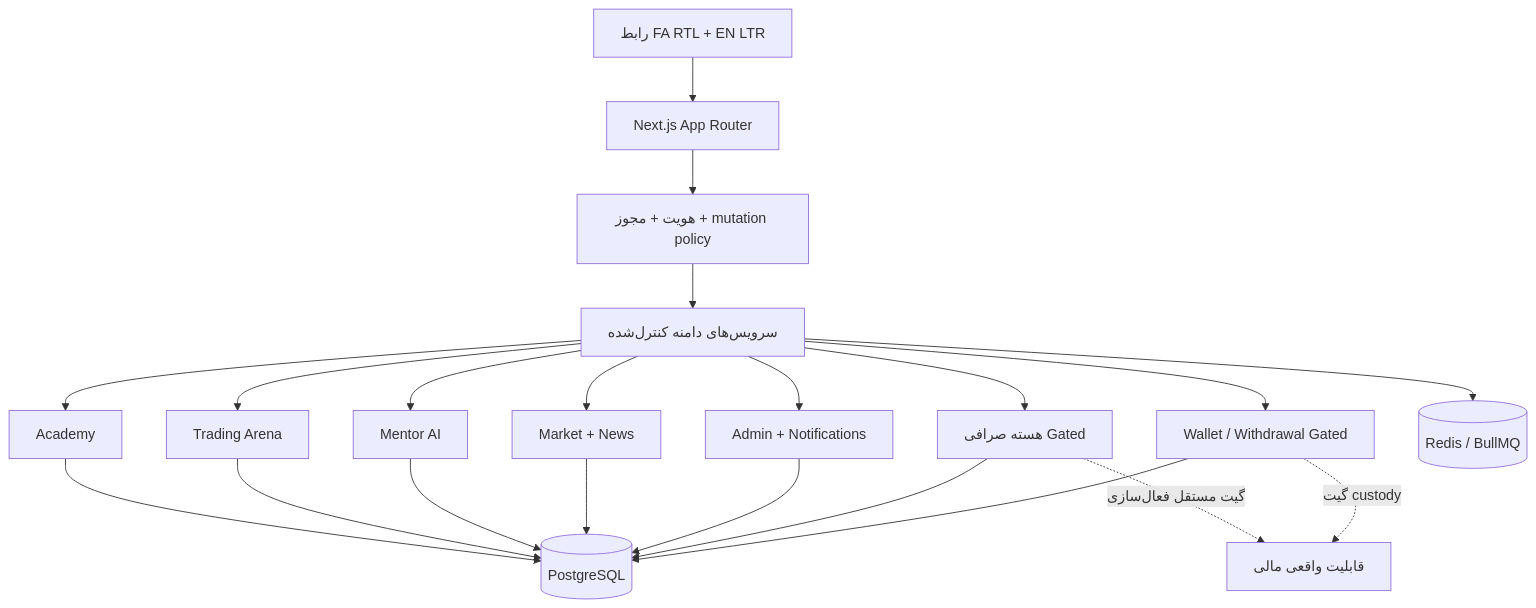
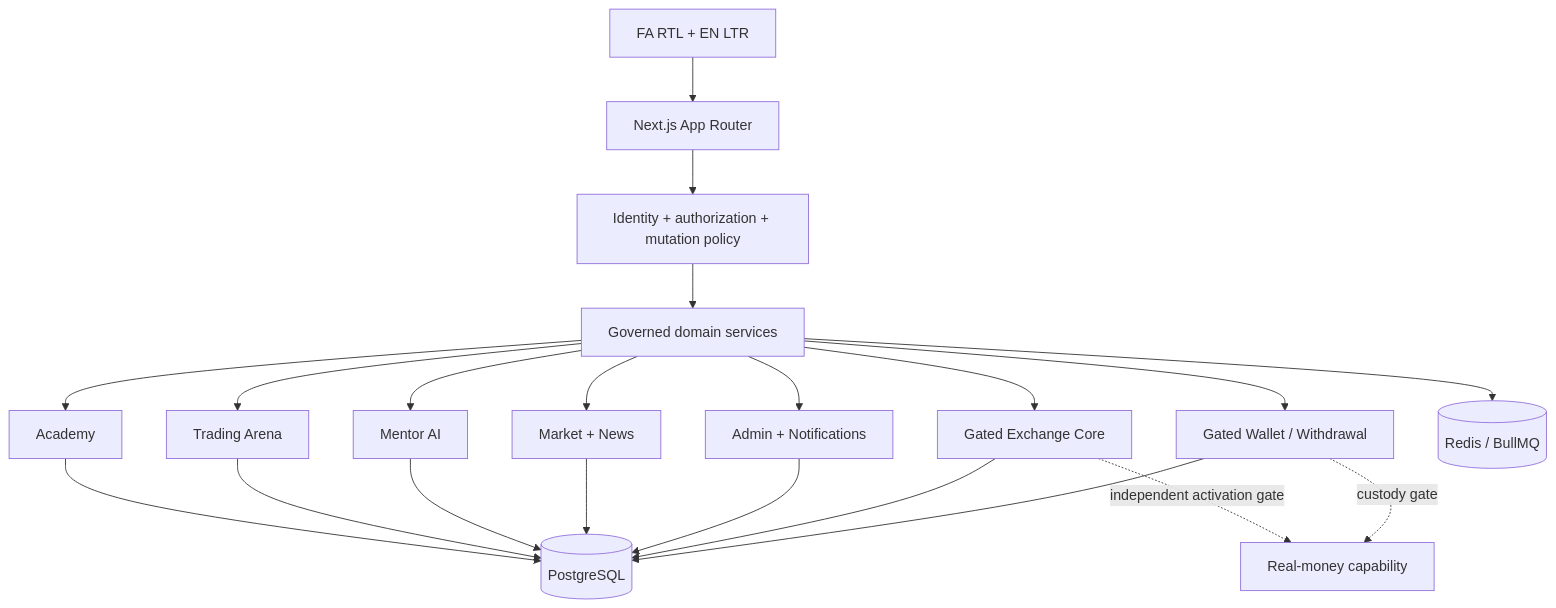
The second of 2 diagrams in README.fa.md (tecpey/Tecpey-Os), drawn with Mermaid before and after one commit. The commit also changed other lines of this file, not shown here.

````diff
--- a/README.fa.md
+++ b/README.fa.md
@@ -152,26 +111,26 @@
 ```mermaid
 flowchart TB
-    UX[رابط FA RTL + EN LTR] --> APP[Next.js App Router]
-    APP --> IAM[هویت + مجوز + mutation policy]
-    IAM --> DOMAIN[سرویس‌های دامنه کنترل‌شده]
+    UX[FA RTL + EN LTR] --> APP[Next.js App Router]
+    APP --> IAM[Identity + authorization + mutation policy]
+    IAM --> DOMAIN[Governed domain services]
 
     DOMAIN --> ACA[Academy]
     DOMAIN --> ARENA[Trading Arena]
     DOMAIN --> AI[Mentor AI]
     DOMAIN --> NEWS[Market + News]
     DOMAIN --> ADMIN[Admin + Notifications]
-    DOMAIN --> EX[هسته صرافی Gated]
-    DOMAIN --> WALLET[Wallet / Withdrawal Gated]
+    DOMAIN --> EX[Gated Exchange Core]
+    DOMAIN --> WALLET[Gated Wallet / Withdrawal]
 
     ACA --> PG[(PostgreSQL)]
     ARENA --> PG
     AI --> PG
     NEWS --> PG
     ADMIN --> PG
     EX --> PG
     WALLET --> PG
     DOMAIN --> REDIS[(Redis / BullMQ)]
 
-    EX -. گیت مستقل فعال‌سازی .-> REAL[قابلیت واقعی مالی]
-    WALLET -. گیت custody .-> REAL
+    EX -. independent activation gate .-> REAL[Real-money capability]
+    WALLET -. custody gate .-> REAL
 ```
````
